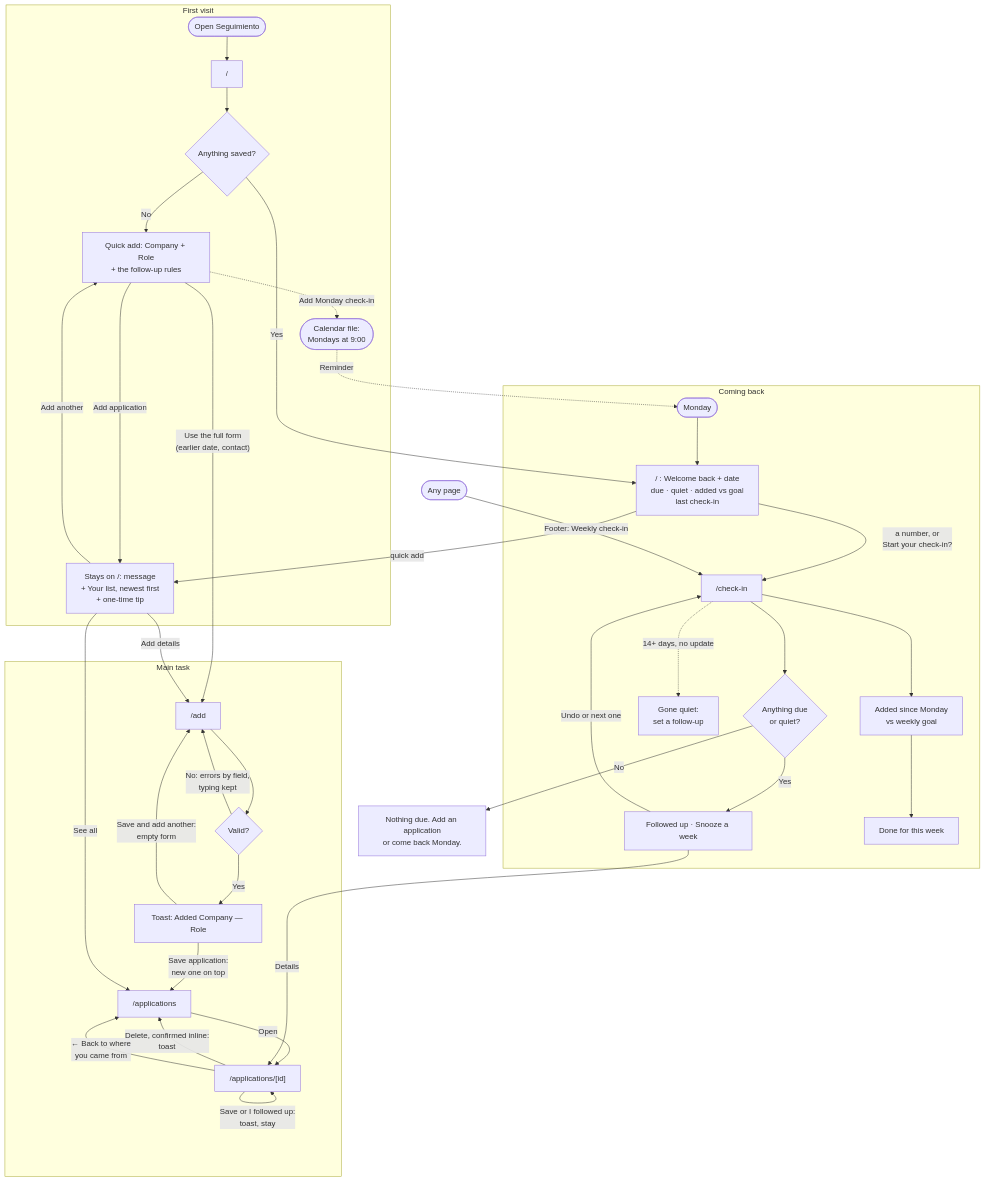
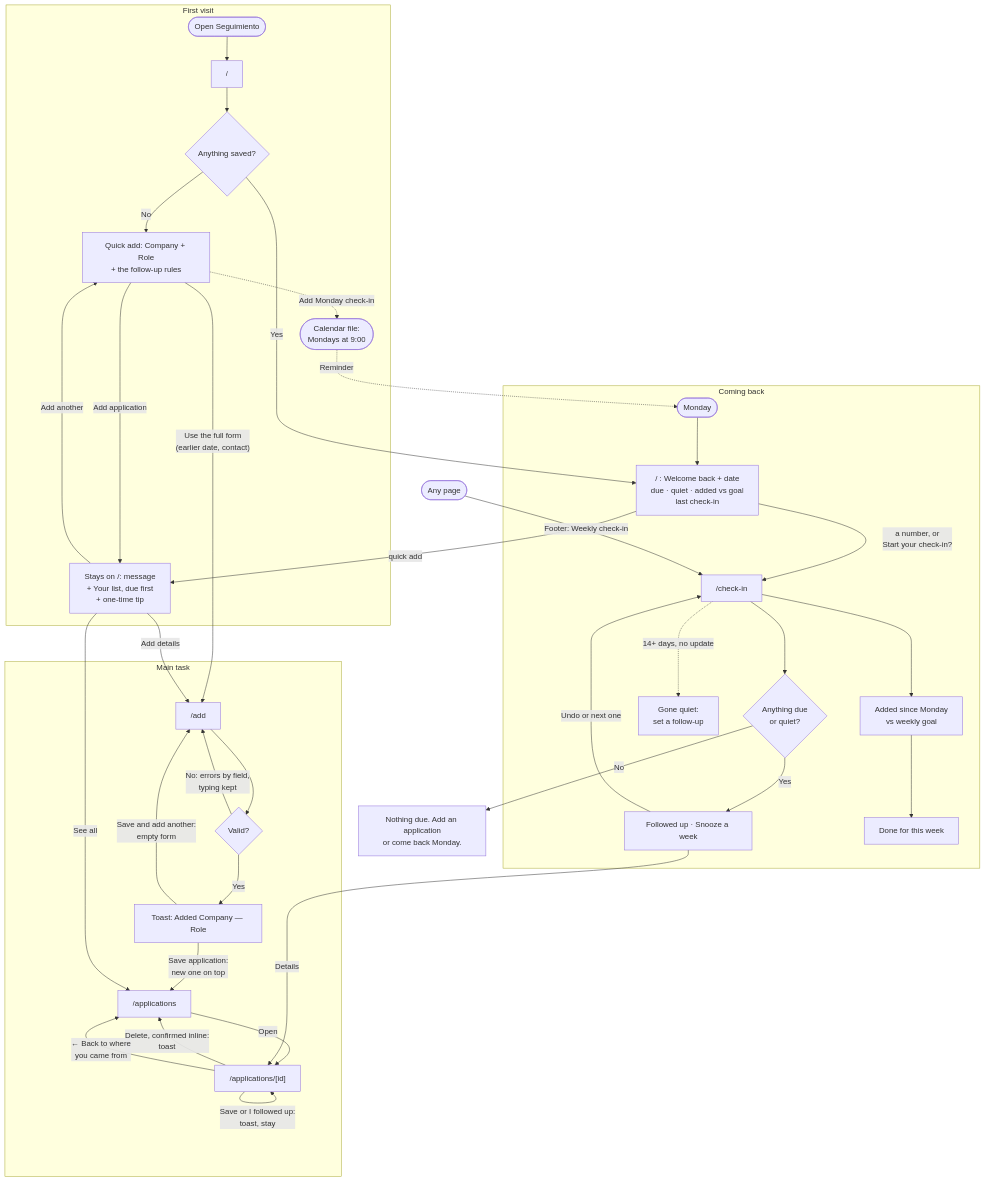
The diagram in a3-patterns-and-flows/README.md (gmedranotorres/projectdbs), drawn with Mermaid before and after one commit. The commit also changed 3 other files, not shown here.

First line of the commit message:
A3: fix: Home's list didn't say which follow-ups were due

````diff
--- a/a3-patterns-and-flows/README.md
+++ b/a3-patterns-and-flows/README.md
@@ -17,44 +17,44 @@
 ```mermaid
 flowchart TD
   subgraph first["First visit"]
     open(["Open Seguimiento"]) --> home["/"]
     home --> anything{"Anything saved?"}
     anything -- No --> empty["Quick add: Company + Role<br/>+ the follow-up rules"]
-    empty -- "Add application" --> listed["Stays on /: message<br/>+ Your list, newest first<br/>+ one-time tip"]
+    empty -- "Add application" --> listed["Stays on /: message<br/>+ Your list, due first<br/>+ one-time tip"]
     listed -- "Add another" --> empty
     empty -. "Add Monday check-in" .-> ics(["Calendar file:<br/>Mondays at 9:00"])
   end
 
   subgraph main["Main task"]
     add["/add"] --> valid{"Valid?"}
     valid -- "No: errors by field,<br/>typing kept" --> add
     valid -- Yes --> saved["Toast: Added Company — Role"]
     saved -- "Save and add another:<br/>empty form" --> add
     saved -- "Save application:<br/>new one on top" --> list["/applications"]
     list -- Open --> edit["/applications/[id]"]
     edit -- "Save or I followed up:<br/>toast, stay" --> edit
     edit -- "Delete, confirmed inline:<br/>toast" --> list
   end
 
   subgraph back["Coming back"]
     monday(["Monday"]) --> welcome["/ : Welcome back + date<br/>due · quiet · added vs goal<br/>last check-in"]
     welcome -- "a number, or<br/>Start your check-in?" --> checkin["/check-in"]
     checkin --> due{"Anything due<br/>or quiet?"}
     due -- Yes --> act["Followed up · Snooze a week"]
     act -- "Undo or next one" --> checkin
     checkin -. "14+ days, no update" .-> quiet["Gone quiet:<br/>set a follow-up"]
     checkin --> goal["Added since Monday<br/>vs weekly goal"]
     goal --> doneweek["Done for this week"]
   end
 
   empty -- "Use the full form<br/>(earlier date, contact)" --> add
   due -- No --> nothing["Nothing due. Add an application<br/>or come back Monday."]
   listed -- "See all" --> list
   listed -- "Add details" --> add
   ics -. "Reminder" .-> monday
   anything -- Yes --> welcome
   welcome -- "quick add" --> listed
   act -- Details --> edit
   anypage(["Any page"]) -- "Footer: Weekly check-in" --> checkin
   edit -- "← Back to where<br/>you came from" --> list
 ```
````
